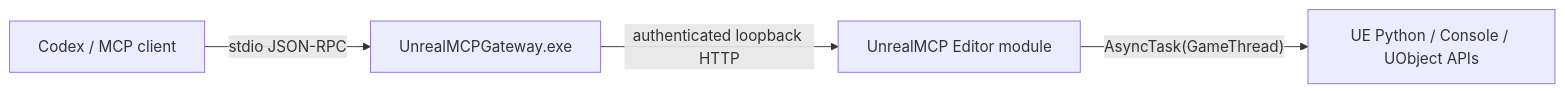
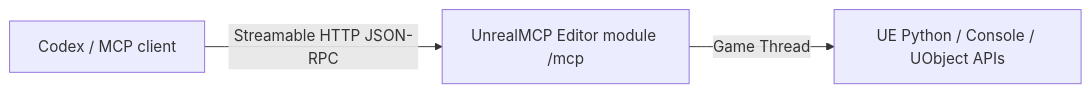
Before and after one commit to AvatarGanymede/ue5.7-mcp: the diagram in docs/architecture.md, drawn with Mermaid. The commit also changed other lines of this file and 34 other files, not shown here.

First line of the commit message:
In-editor Streamable HTTP MCP server

````diff
--- a/docs/architecture.md
+++ b/docs/architecture.md
@@ -3,6 +3,5 @@
 ```mermaid
 flowchart LR
-    A["Codex / MCP client"] -->|"stdio JSON-RPC"| G["UnrealMCPGateway.exe"]
-    G -->|"authenticated loopback HTTP"| W["UnrealMCP Editor module"]
-    W -->|"AsyncTask(GameThread)"| U["UE Python / Console / UObject APIs"]
+    A["Codex / MCP client"] -->|"Streamable HTTP JSON-RPC"| W["UnrealMCP Editor module /mcp"]
+    W -->|"Game Thread"| U["UE Python / Console / UObject APIs"]
 ```
````
